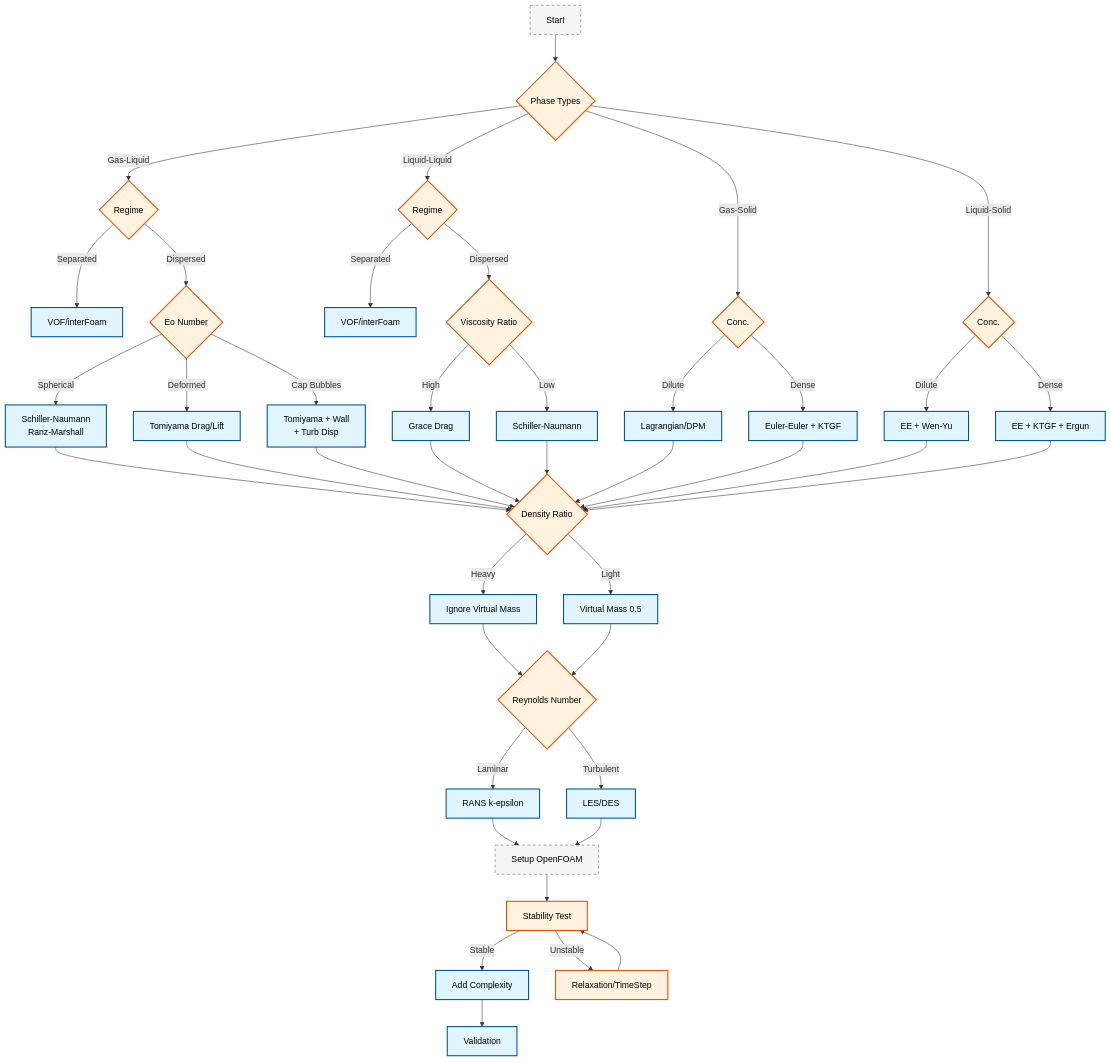
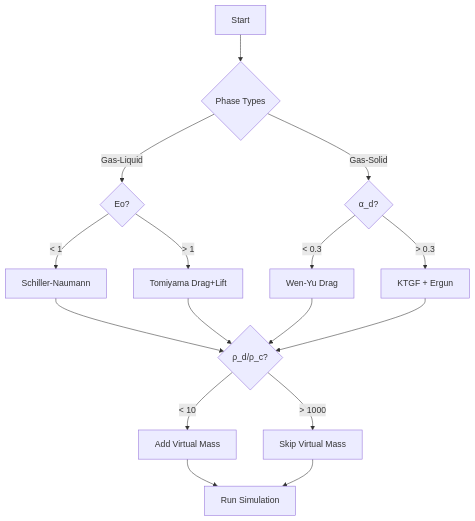
The second of 2 diagrams in MODULE_04_MULTIPHASE_FUNDAMENTALS/CONTENT/05_MODEL_SELECTION/01_Decision_Framework.md (wramet/build-my-cfd), drawn with Mermaid before and after one commit. The commit also changed other lines of this file and 384 other files, not shown here.

````diff
--- a/MODULE_04_MULTIPHASE_FUNDAMENTALS/CONTENT/05_MODEL_SELECTION/01_Decision_Framework.md
+++ b/MODULE_04_MULTIPHASE_FUNDAMENTALS/CONTENT/05_MODEL_SELECTION/01_Decision_Framework.md
@@ -464,36 +172,18 @@
 ```mermaid
 flowchart TD
-classDef implicit fill:#e1f5fe,stroke:#01579b,stroke-width:2px,color:#000
-classDef explicit fill:#fff3e0,stroke:#e65100,stroke-width:2px,color:#000
-classDef context fill:#f5f5f5,stroke:#616161,stroke-width:1px,color:#000,stroke-dasharray: 5 5
-A[Start]:::context --> B{Phase Types}:::explicit
-B -->|Gas-Liquid| C{Regime}:::explicit
-B -->|Liquid-Liquid| D{Regime}:::explicit
-B -->|Gas-Solid| E{Conc.}:::explicit
-B -->|Liquid-Solid| F{Conc.}:::explicit
-C -->|Separated| C1[VOF/interFoam]:::implicit
-C -->|Dispersed| C2{Eo Number}:::explicit
-C2 -->|Spherical| C2a[Schiller-Naumann<br>Ranz-Marshall]:::implicit
-C2 -->|Deformed| C2b[Tomiyama Drag/Lift]:::implicit
-C2 -->|Cap Bubbles| C2c[Tomiyama + Wall<br>+ Turb Disp]:::implicit
-D -->|Separated| D1[VOF/interFoam]:::implicit
-D -->|Dispersed| D2{Viscosity Ratio}:::explicit
-D2 -->|High| D2a[Grace Drag]:::implicit
-D2 -->|Low| D2b[Schiller-Naumann]:::implicit
-E -->|Dilute| E1[Lagrangian/DPM]:::implicit
-E -->|Dense| E2[Euler-Euler + KTGF]:::implicit
-F -->|Dilute| F1[EE + Wen-Yu]:::implicit
-F -->|Dense| F2[EE + KTGF + Ergun]:::implicit
-C2a & C2b & C2c & D2a & D2b & E1 & E2 & F1 & F2 --> G{Density Ratio}:::explicit
-G -->|Heavy| G1[Ignore Virtual Mass]:::implicit
-G -->|Light| G2[Virtual Mass 0.5]:::implicit
-G1 & G2 --> H{Reynolds Number}:::explicit
-H -->|Laminar| H1[RANS k-epsilon]:::implicit
-H -->|Turbulent| H2[LES/DES]:::implicit
-H1 & H2 --> I[Setup OpenFOAM]:::context
-I --> J[Stability Test]:::explicit
-J -->|Stable| K[Add Complexity]:::implicit
-J -->|Unstable| L[Relaxation/TimeStep]:::explicit
-L --> J
-K --> M[Validation]:::implicit
+    A[Start] --> B{Phase Types}
+    B -->|Gas-Liquid| C{Eo?}
+    B -->|Gas-Solid| D{α_d?}
+    C -->|< 1| E[Schiller-Naumann]
+    C -->|> 1| F[Tomiyama Drag+Lift]
+    D -->|< 0.3| G[Wen-Yu Drag]
+    D -->|> 0.3| H[KTGF + Ergun]
+    E --> I{ρ_d/ρ_c?}
+    F --> I
+    G --> I
+    H --> I
+    I -->|< 10| J[Add Virtual Mass]
+    I -->|> 1000| K[Skip Virtual Mass]
+    J --> L[Run Simulation]
+    K --> L
 ```
````
